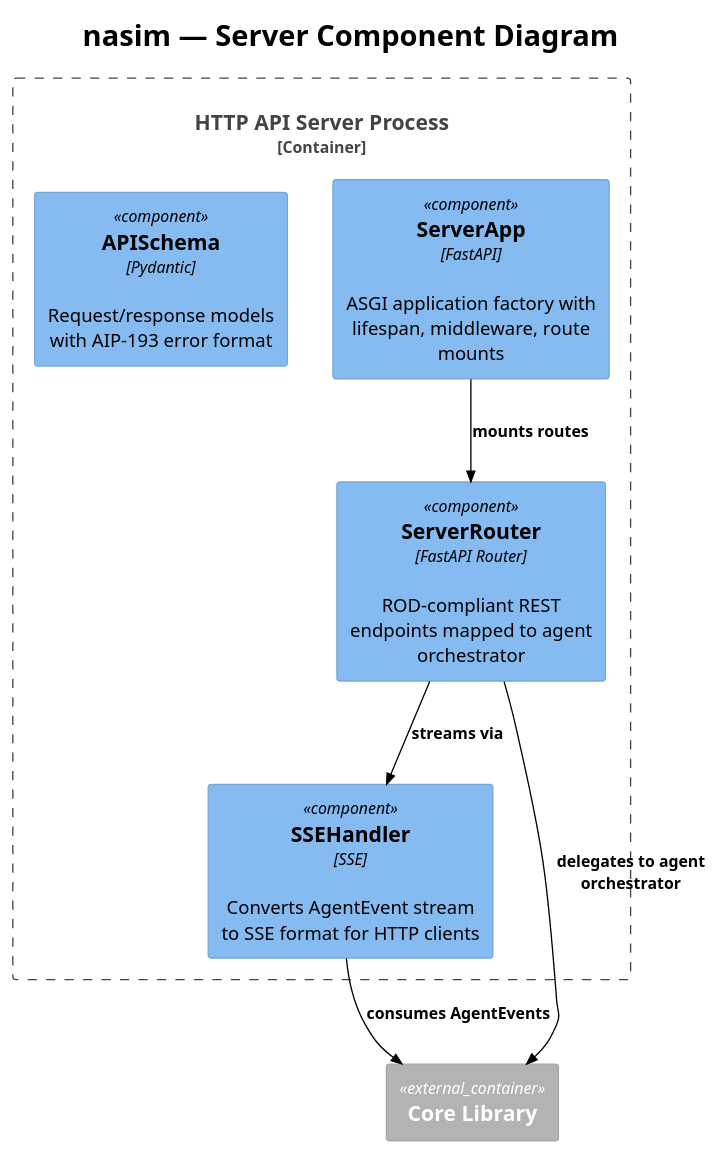
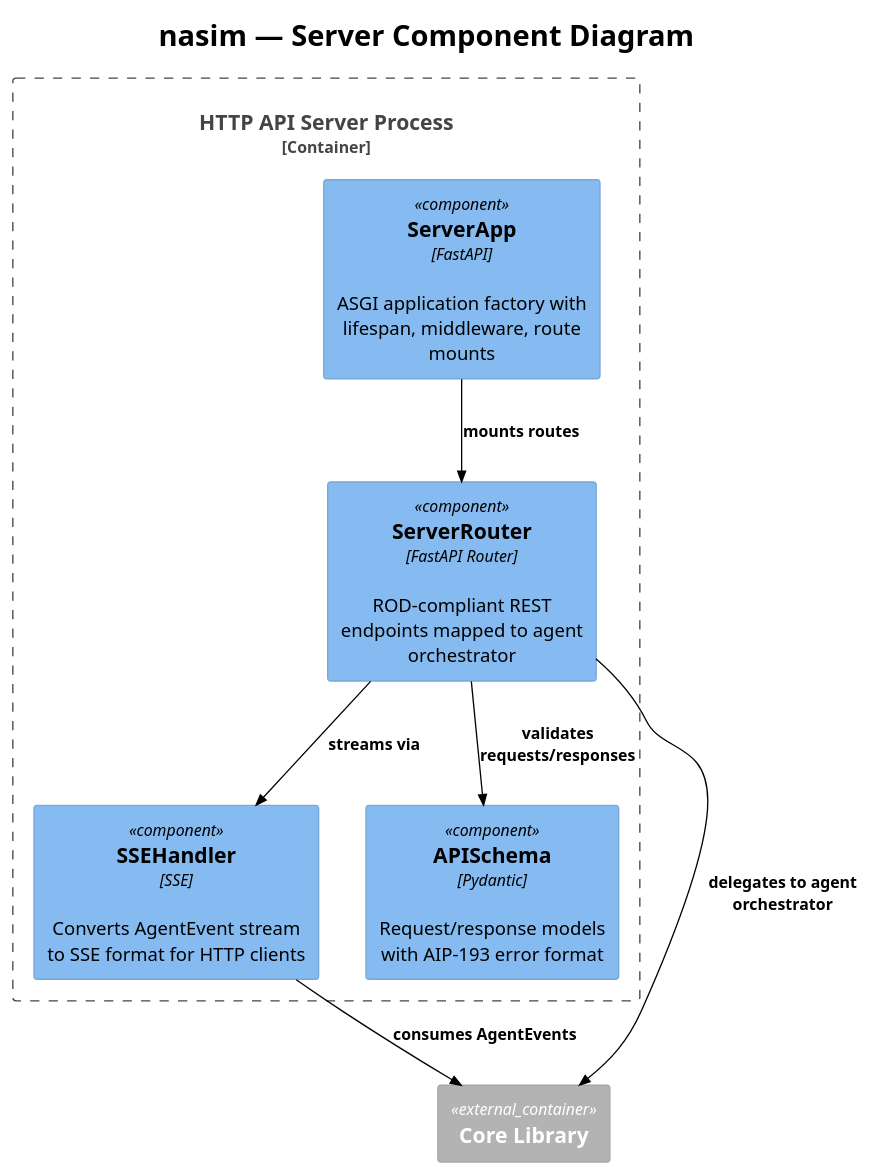
Before and after one commit to salimnamvar/nasim: the diagram in docs/C4/c4_nasim_component_server.puml, drawn with PlantUML. The commit also changed 4 other files, not shown here.

Commit message:
docs: Enhance component diagrams with additional relationships and metrics tracking

```diff
--- a/docs/C4/c4_nasim_component_server.puml
+++ b/docs/C4/c4_nasim_component_server.puml
@@ -1,32 +1,33 @@
 @startuml c4_nasim_component_server
 !include https://raw.githubusercontent.com/plantuml-stdlib/C4-PlantUML/v2.10.0/C4_Component.puml
 !theme plain
 
 
 ' ============================================================
 ' Title:     nasim — Server Component Diagram
 ' Boundary:  nasim HTTP API Server process
 ' Purpose:   Server Layer components for HTTP interface
 ' Milestone: v1.0
 ' Version:   6.0.0
 ' Source:    docs/prompt/p1.md — corrective architecture review
 ' Review:    docs/audit/audit.2026.06.20.comprehensive.reference.audit.md
 ' ============================================================
 
 title nasim — Server Component Diagram
 
 Container_Boundary(server_boundary, "HTTP API Server Process") {
     Component(server_app, "ServerApp", "FastAPI", "ASGI application factory with lifespan, middleware, route mounts")
     Component(server_router, "ServerRouter", "FastAPI Router", "ROD-compliant REST endpoints mapped to agent orchestrator")
     Component(sse_handler, "SSEHandler", "SSE", "Converts AgentEvent stream to SSE format for HTTP clients")
     Component(api_schema, "APISchema", "Pydantic", "Request/response models with AIP-193 error format")
 }
 
 Container_Ext(core_library, "Core Library")
 
 Rel(server_app, server_router, "mounts routes")
+Rel(server_router, api_schema, "validates requests/responses")
 Rel(server_router, core_library, "delegates to agent orchestrator")
 Rel(server_router, sse_handler, "streams via")
 Rel(sse_handler, core_library, "consumes AgentEvents")
 
 @enduml
```
